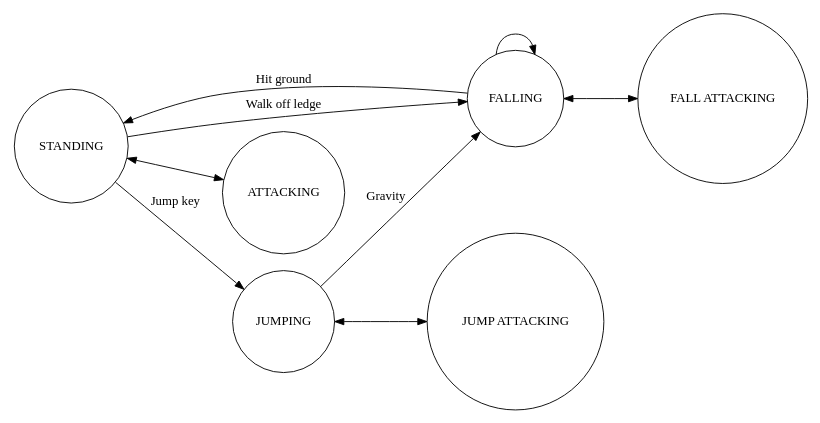
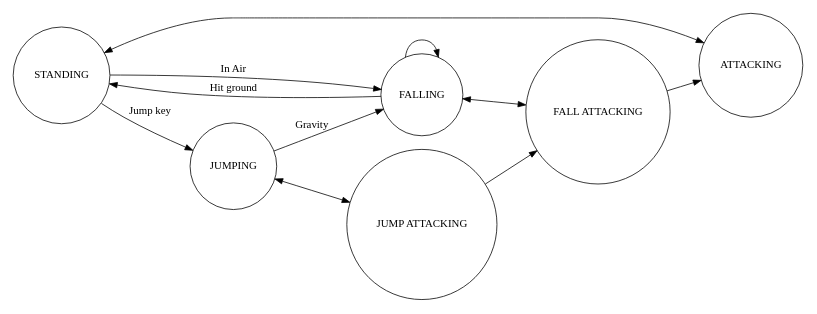
The diagram in statemachine/graphics/good_fsm.gv (dirak/videos), drawn with Graphviz before and after one commit. The commit also changed 1 other file, not shown here.

```diff
--- a/statemachine/graphics/good_fsm.gv
+++ b/statemachine/graphics/good_fsm.gv
@@ -1,20 +1,22 @@
 digraph fsm_jumping {
     rankdir=LR;
     size="8,5"
 		splines=true
 		overlap=scalexy;
     node [shape = circle label = "STANDING" ]; S
 		node [shape = circle label = "FALLING"  ]; F
 		node [shape = circle label = "JUMPING"  ]; J
 		node [shape = circle label = "ATTACKING"  ]; A
 		node [shape = circle label = "FALL ATTACKING"  ]; FA
 		node [shape = circle label = "JUMP ATTACKING"  ]; JA
 		S -> J [ label = "Jump key" ]
-		S -> F [ label = "Walk off ledge" ]
+		S -> F [ label = "In Air" ]
 		F -> S [ label = "Hit ground" ]
 		J -> F [ label = "Gravity" ]
 		F -> F
 		J -> JA [ dir = "both" ]
 		F -> FA [ dir = "both" ]
 		S -> A [ dir = "both" ]
+		FA -> A
+		JA -> FA
 }
```
